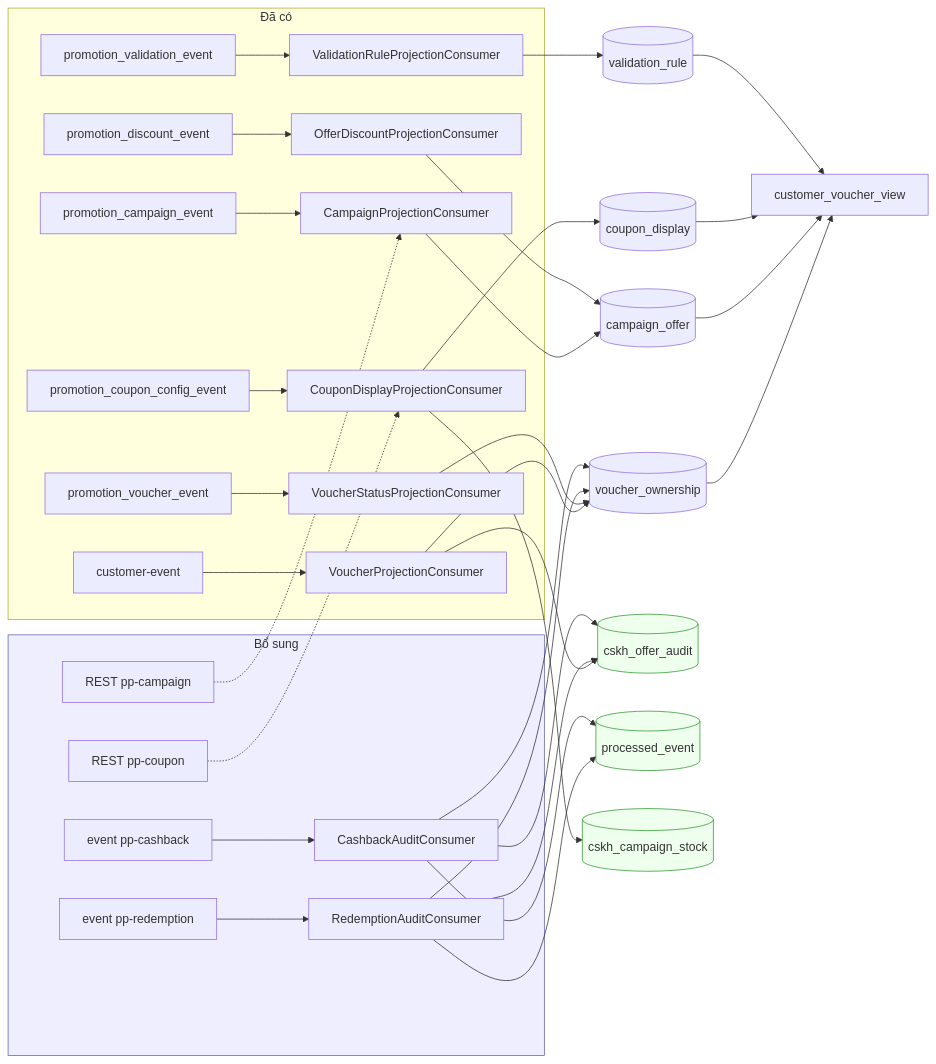
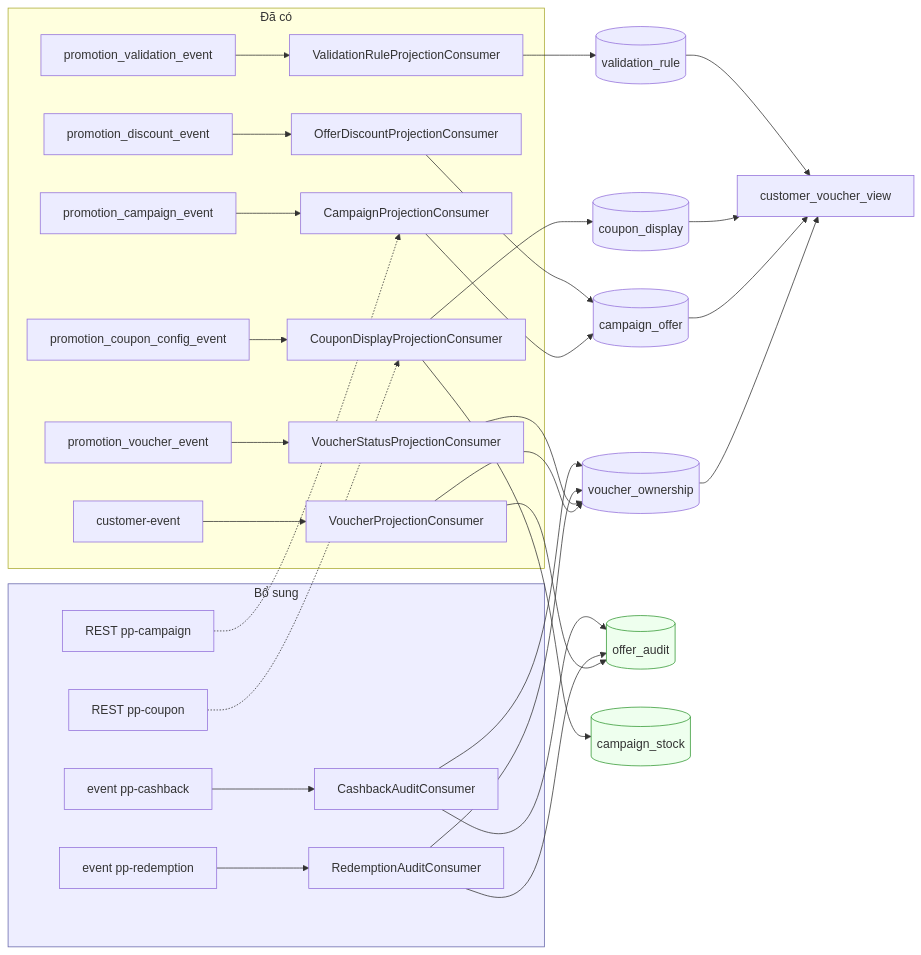
Before and after one commit to devtam-02/note-sharing: the third of 3 diagrams in cskh/read-model.md, drawn with Mermaid. The commit also changed other lines of this file, not shown here.

````diff
--- a/cskh/read-model.md
+++ b/cskh/read-model.md
@@ -262,41 +284,38 @@
 ```mermaid
 flowchart LR
     subgraph EXIST["Đã có"]
         C1["customer-event"] --> P1["VoucherProjectionConsumer"]
         C2["promotion_voucher_event"] --> P2["VoucherStatusProjectionConsumer"]
         C3["promotion_campaign_event"] --> P3["CampaignProjectionConsumer"]
         C4["promotion_discount_event"] --> P4["OfferDiscountProjectionConsumer"]
         C5["promotion_coupon_config_event"] --> P5["CouponDisplayProjectionConsumer"]
         C6["promotion_validation_event"] --> P6["ValidationRuleProjectionConsumer"]
     end
 
     subgraph NEW["Bổ sung"]
         C7["event pp-redemption"] --> P7["RedemptionAuditConsumer"]
         C8["event pp-cashback"] --> P8["CashbackAuditConsumer"]
         R1["REST pp-campaign"] -.-> P3
         R2["REST pp-coupon"] -.-> P5
     end
 
     P1 --> T1[("voucher_ownership")]
     P2 --> T1
     P3 --> T2[("campaign_offer")]
     P4 --> T2
     P5 --> T3[("coupon_display")]
     P6 --> T4[("validation_rule")]
 
-    P1 --> T5[("cskh_offer_audit")]
+    P1 --> T5[("offer_audit")]
     P7 --> T5
     P8 --> T5
     P7 --> T1
     P8 --> T1
-    P7 --> T6[("processed_event")]
-    P8 --> T6
-    P5 --> T7[("cskh_campaign_stock")]
+    P5 --> T6[("campaign_stock")]
 
     T1 & T2 & T3 & T4 --> V["customer_voucher_view"]
 
     style NEW fill:#eef,stroke:#66a
     style T5 fill:#efe,stroke:#393
     style T6 fill:#efe,stroke:#393
-    style T7 fill:#efe,stroke:#393
 ```
````
